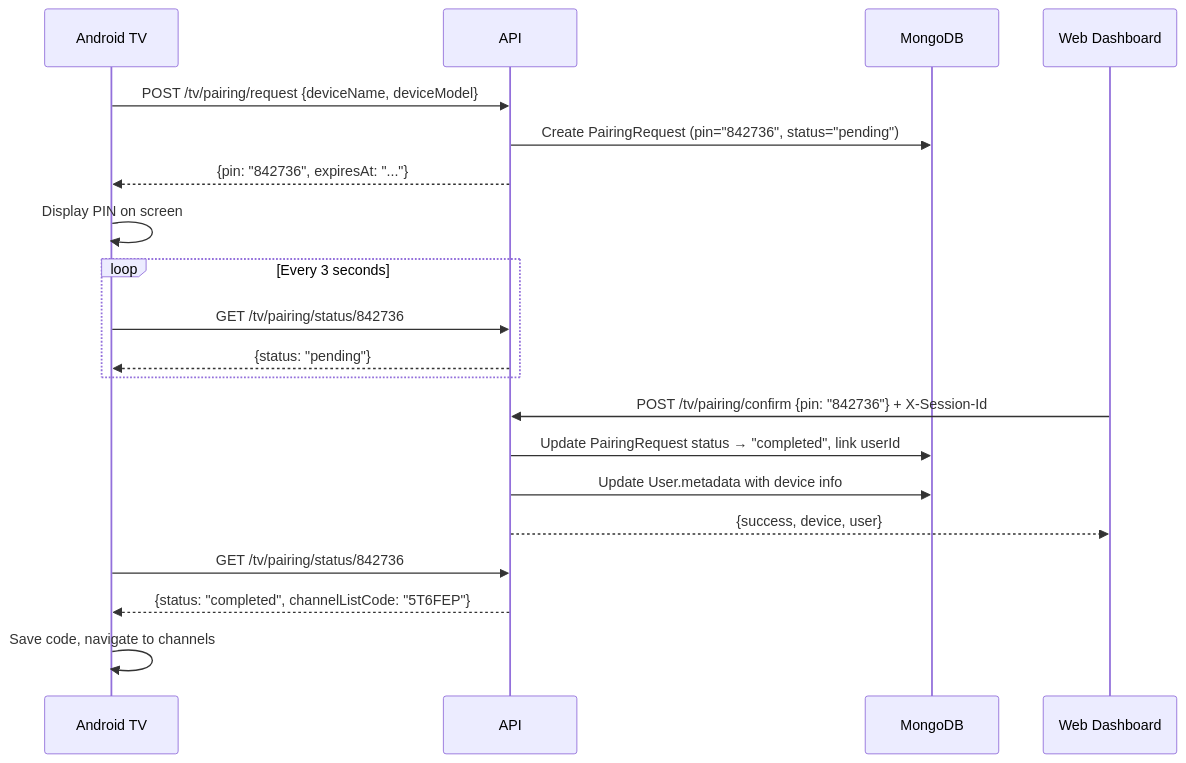
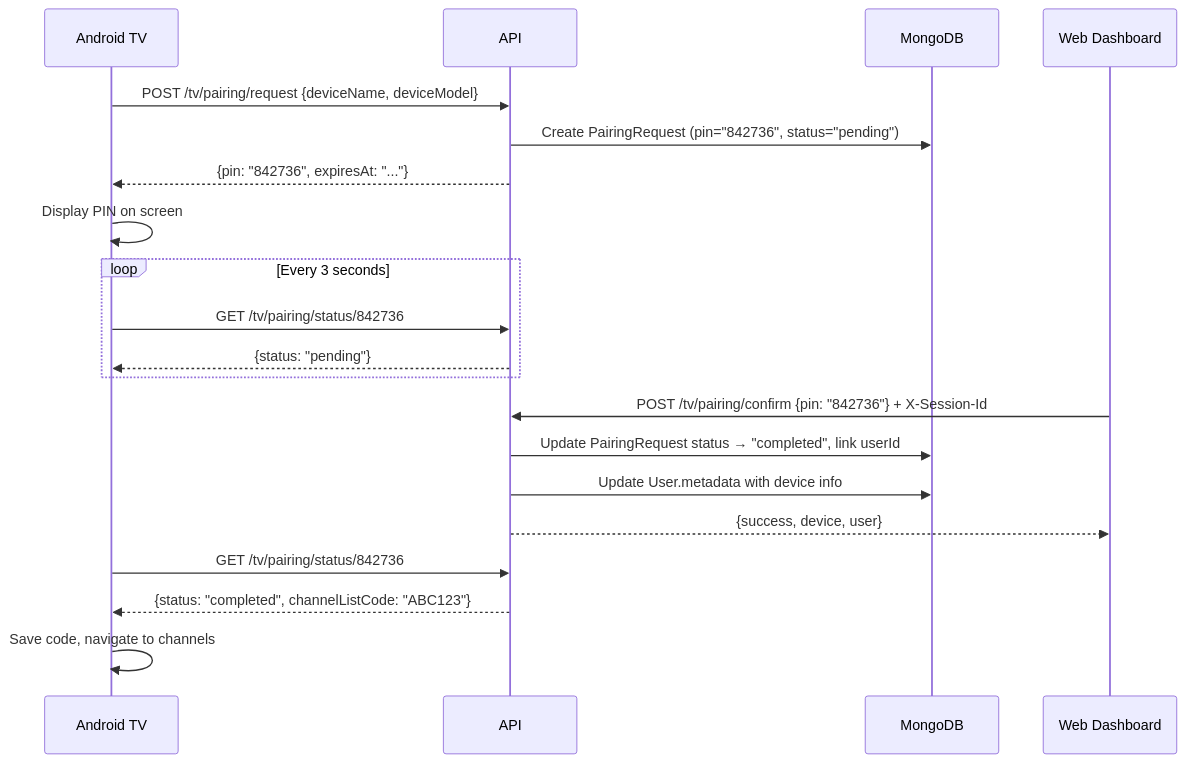
The third of 3 diagrams in server/docs/workflow/TV_PAIRING_SYSTEM.md (mostafabonnif-beep/dzhoot), drawn with Mermaid before and after one commit. The commit also changed other lines of this file and 9 other files, not shown here.

First line of the commit message:
fix(security): drop the committed default super-admin channel-list code

````diff
--- a/server/docs/workflow/TV_PAIRING_SYSTEM.md
+++ b/server/docs/workflow/TV_PAIRING_SYSTEM.md
@@ -83,26 +83,26 @@
 ```mermaid
 sequenceDiagram
     participant TV as Android TV
     participant API
     participant DB as MongoDB
     participant Web as Web Dashboard
 
     TV->>API: POST /tv/pairing/request {deviceName, deviceModel}
     API->>DB: Create PairingRequest (pin="842736", status="pending")
     API-->>TV: {pin: "842736", expiresAt: "..."}
     TV->>TV: Display PIN on screen
 
     loop Every 3 seconds
         TV->>API: GET /tv/pairing/status/842736
         API-->>TV: {status: "pending"}
     end
 
     Web->>API: POST /tv/pairing/confirm {pin: "842736"} + X-Session-Id
     API->>DB: Update PairingRequest status → "completed", link userId
     API->>DB: Update User.metadata with device info
     API-->>Web: {success, device, user}
 
     TV->>API: GET /tv/pairing/status/842736
-    API-->>TV: {status: "completed", channelListCode: "5T6FEP"}
+    API-->>TV: {status: "completed", channelListCode: "ABC123"}
     TV->>TV: Save code, navigate to channels
 ```
````
